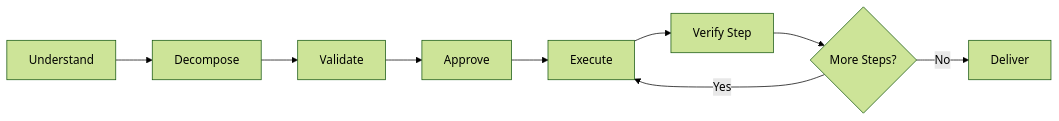
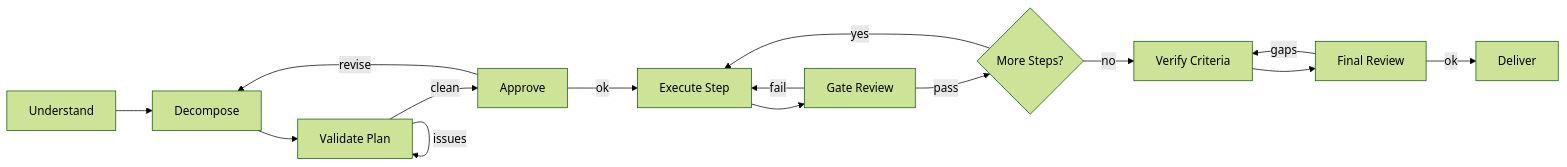
One commit to moira-mcp/moira changed the diagram in packages/docs/src/content/docs/docs/reference/workflows/robust-task.mdx. Above: the diagram before and after it, drawn with Mermaid (forest theme). The commit also changed other lines of this file and 3 other files, not shown here.

````diff
--- a/packages/docs/src/content/docs/docs/reference/workflows/robust-task.mdx
+++ b/packages/docs/src/content/docs/docs/reference/workflows/robust-task.mdx
@@ -20,11 +22,17 @@
 ```mermaid
 flowchart LR
     A[Understand] --> B[Decompose]
-    B --> C[Validate]
-    C --> D[Approve]
-    D --> E[Execute]
-    E --> F[Verify Step]
-    F --> G{More Steps?}
-    G -->|Yes| E
-    G -->|No| H[Deliver]
+    B --> C[Validate Plan]
+    C -->|issues| C
+    C -->|clean| D[Approve]
+    D -->|revise| B
+    D -->|ok| E[Execute Step]
+    E --> F[Gate Review]
+    F -->|fail| E
+    F -->|pass| G{More Steps?}
+    G -->|yes| E
+    G -->|no| H[Verify Criteria]
+    H --> I[Final Review]
+    I -->|gaps| H
+    I -->|ok| J[Deliver]
 ```
````
